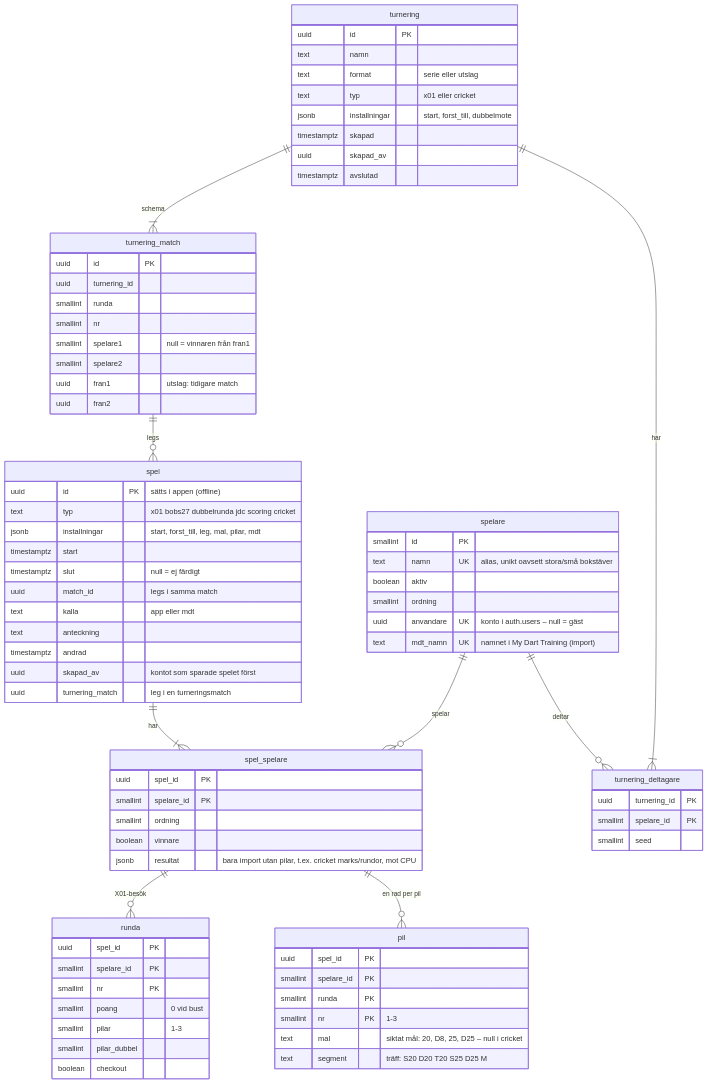
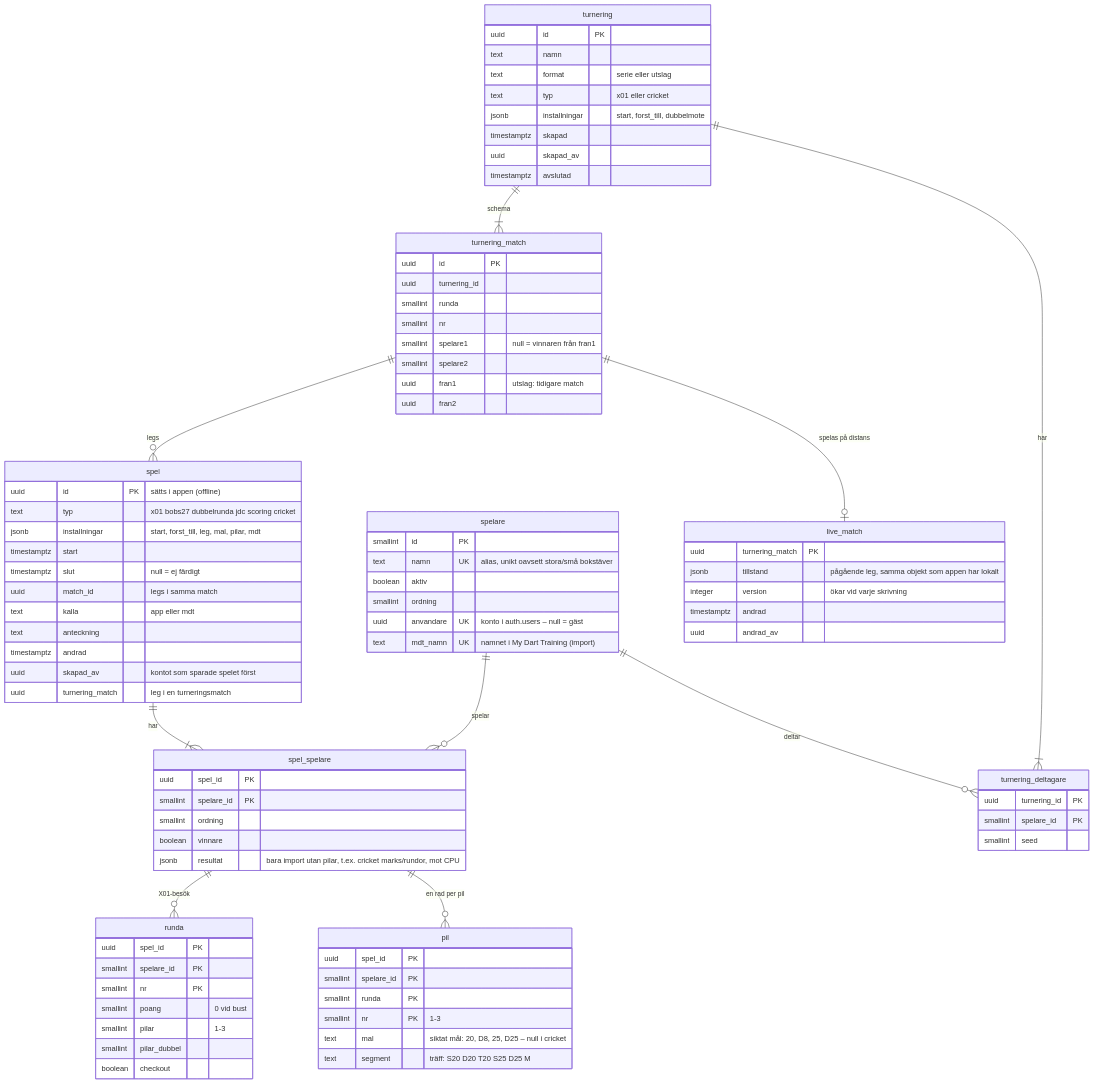
The diagram in docs/datamodell.md (Lunkster/darttranare), drawn with Mermaid before and after one commit. The commit also changed other lines of this file and 21 other files, not shown here.

````diff
--- a/docs/datamodell.md
+++ b/docs/datamodell.md
@@ -5,65 +5,71 @@
 ```mermaid
 erDiagram
   spelare ||--o{ spel_spelare : spelar
   spel ||--|{ spel_spelare : har
   spel_spelare ||--o{ runda : "X01-besök"
   spel_spelare ||--o{ pil : "en rad per pil"
   turnering ||--|{ turnering_deltagare : har
   turnering ||--|{ turnering_match : schema
   turnering_match ||--o{ spel : "legs"
+  turnering_match ||--o| live_match : "spelas på distans"
   spelare ||--o{ turnering_deltagare : deltar
   spelare { smallint id PK
     text namn UK "alias, unikt oavsett stora/små bokstäver"
     boolean aktiv
     smallint ordning
     uuid anvandare UK "konto i auth.users – null = gäst"
     text mdt_namn UK "namnet i My Dart Training (import)" }
   spel { uuid id PK "sätts i appen (offline)"
     text typ "x01 bobs27 dubbelrunda jdc scoring cricket"
     jsonb installningar "start, forst_till, leg, mal, pilar, mdt"
     timestamptz start
     timestamptz slut "null = ej färdigt"
     uuid match_id "legs i samma match"
     text kalla "app eller mdt"
     text anteckning
     timestamptz andrad
     uuid skapad_av "kontot som sparade spelet först"
     uuid turnering_match "leg i en turneringsmatch" }
   turnering { uuid id PK
     text namn
     text format "serie eller utslag"
     text typ "x01 eller cricket"
     jsonb installningar "start, forst_till, dubbelmote"
     timestamptz skapad
     uuid skapad_av
     timestamptz avslutad }
   turnering_deltagare { uuid turnering_id PK
     smallint spelare_id PK
     smallint seed }
   turnering_match { uuid id PK
     uuid turnering_id
     smallint runda
     smallint nr
     smallint spelare1 "null = vinnaren från fran1"
     smallint spelare2
     uuid fran1 "utslag: tidigare match"
     uuid fran2 }
+  live_match { uuid turnering_match PK
+    jsonb tillstand "pågående leg, samma objekt som appen har lokalt"
+    integer version "ökar vid varje skrivning"
+    timestamptz andrad
+    uuid andrad_av }
   spel_spelare { uuid spel_id PK
     smallint spelare_id PK
     smallint ordning
     boolean vinnare
     jsonb resultat "bara import utan pilar, t.ex. cricket marks/rundor, mot CPU" }
   runda { uuid spel_id PK
     smallint spelare_id PK
     smallint nr PK
     smallint poang "0 vid bust"
     smallint pilar "1-3"
     smallint pilar_dubbel
     boolean checkout }
   pil { uuid spel_id PK
     smallint spelare_id PK
     smallint runda PK
     smallint nr PK "1-3"
     text mal "siktat mål: 20, D8, 25, D25 – null i cricket"
     text segment "träff: S20 D20 T20 S25 D25 M" }
 ```
````
